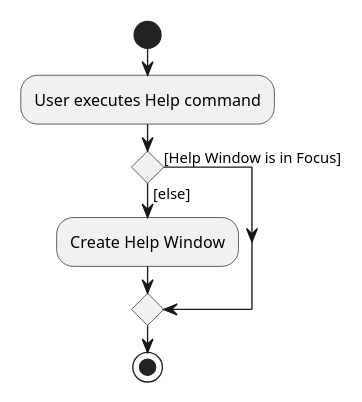
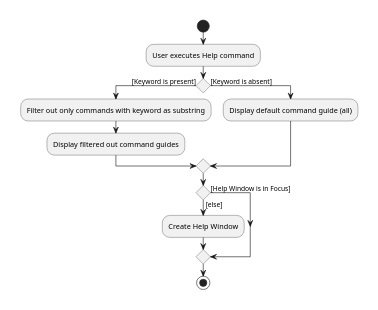
One commit to ray-97/main changed the diagram in docs/diagrams/HelpActivityDiagram.puml. Above: the diagram before and after it, drawn with PlantUML. The commit also changed 1 other file, not shown here.

Commit message:
update DG with filtered help command guide info, and new activity diagram

```diff
--- a/docs/diagrams/HelpActivityDiagram.puml
+++ b/docs/diagrams/HelpActivityDiagram.puml
@@ -1,13 +1,19 @@
 @startuml
 scale 300 height
 scale 175 width
 
 start
 :User executes Help command;
+if () then ([Keyword is present])
+    :Filter out only commands with keyword as substring;
+    :Display filtered out command guides;
+else ([Keyword is absent])
+    :Display default command guide (all);
+endif
 
 if () then ([Help Window is in Focus])
 else ([else])
     :Create Help Window;
 endif
 stop
 @enduml
```
